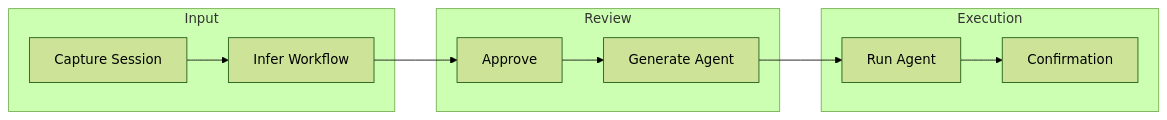
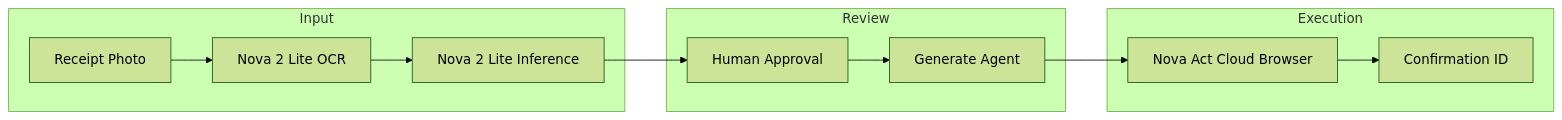
One commit to prabhakaran-jm/shadow-ops-expense changed the first of 2 diagrams in docs/architecture.md. Above: the diagram before and after it, drawn with Mermaid (forest theme). The commit also changed other lines of this file and 9 other files, not shown here.

````diff
--- a/docs/architecture.md
+++ b/docs/architecture.md
@@ -9,14 +9,15 @@
 ```mermaid
 flowchart LR
   subgraph Input
-    A[Capture Session] --> B[Infer Workflow]
+    A[Receipt Photo] --> B[Nova 2 Lite OCR]
+    B --> C[Nova 2 Lite Inference]
   end
   subgraph Review
-    B --> C[Approve]
-    C --> D[Generate Agent]
+    C --> D[Human Approval]
+    D --> E[Generate Agent]
   end
   subgraph Execution
-    D --> E[Run Agent]
-    E --> F[Confirmation]
+    E --> F[Nova Act Cloud Browser]
+    F --> G[Confirmation ID]
   end
 ```
````
